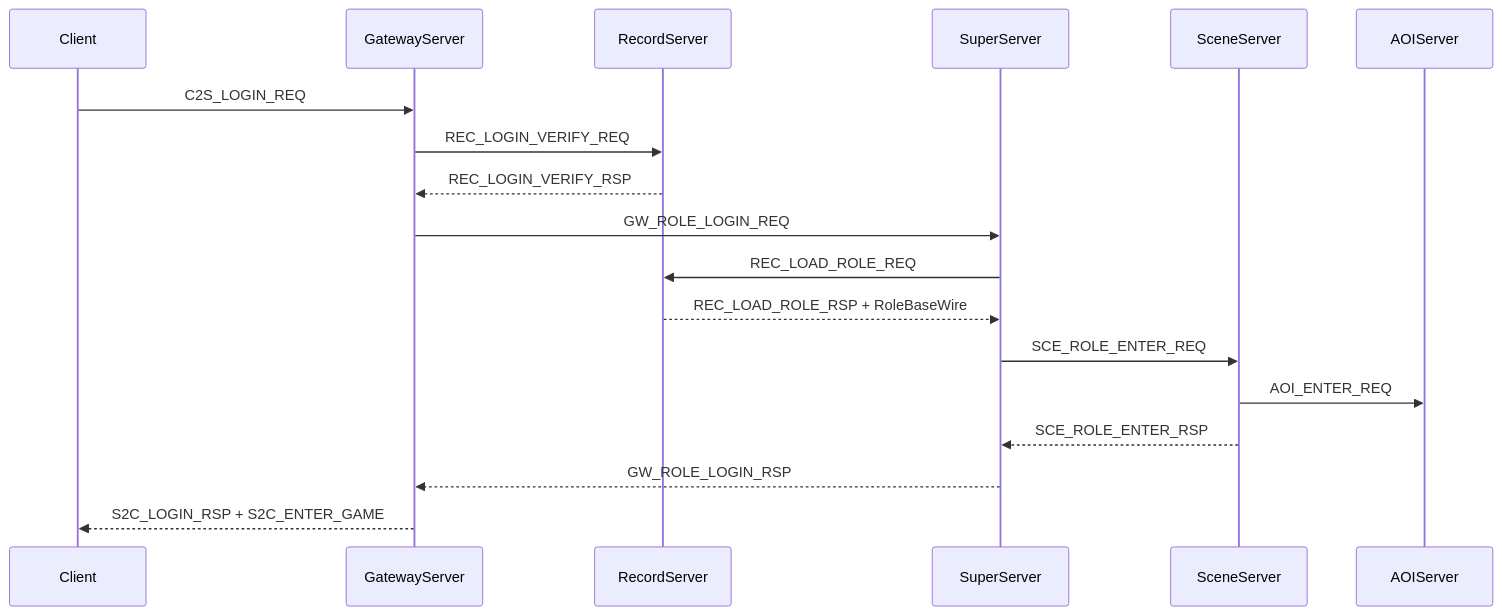
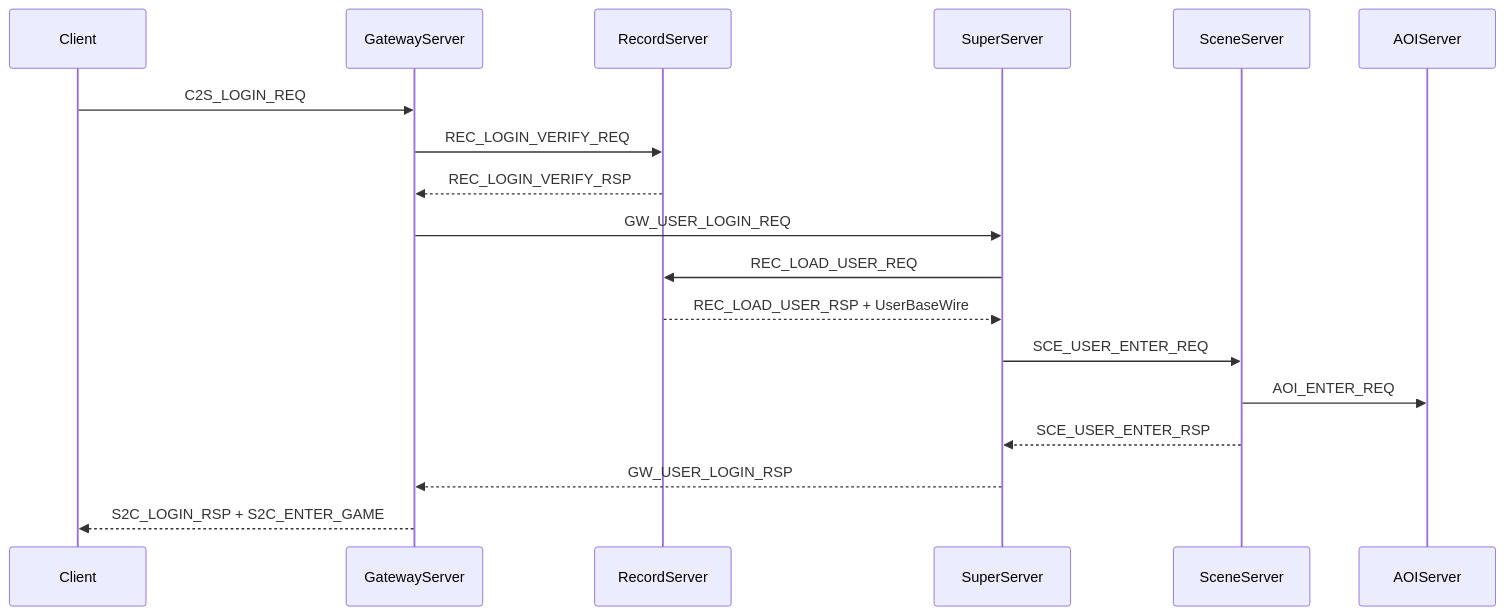
Before and after one commit to hechuangguo/RPG_Server: the third of 4 diagrams in docs/ARCHITECTURE.md, drawn with Mermaid. The commit also changed other lines of this file and 47 other files, not shown here.

````diff
--- a/docs/ARCHITECTURE.md
+++ b/docs/ARCHITECTURE.md
@@ -221,21 +221,21 @@
 ```mermaid
 sequenceDiagram
     participant C as Client
     participant GW as GatewayServer
     participant REC as RecordServer
     participant SS as SuperServer
     participant SCE as SceneServer
     participant AOI as AOIServer
 
     C->>GW: C2S_LOGIN_REQ
     GW->>REC: REC_LOGIN_VERIFY_REQ
     REC-->>GW: REC_LOGIN_VERIFY_RSP
-    GW->>SS: GW_ROLE_LOGIN_REQ
-    SS->>REC: REC_LOAD_ROLE_REQ
-    REC-->>SS: REC_LOAD_ROLE_RSP + RoleBaseWire
-    SS->>SCE: SCE_ROLE_ENTER_REQ
+    GW->>SS: GW_USER_LOGIN_REQ
+    SS->>REC: REC_LOAD_USER_REQ
+    REC-->>SS: REC_LOAD_USER_RSP + UserBaseWire
+    SS->>SCE: SCE_USER_ENTER_REQ
     SCE->>AOI: AOI_ENTER_REQ
-    SCE-->>SS: SCE_ROLE_ENTER_RSP
-    SS-->>GW: GW_ROLE_LOGIN_RSP
+    SCE-->>SS: SCE_USER_ENTER_RSP
+    SS-->>GW: GW_USER_LOGIN_RSP
     GW-->>C: S2C_LOGIN_RSP + S2C_ENTER_GAME
 ```
````
